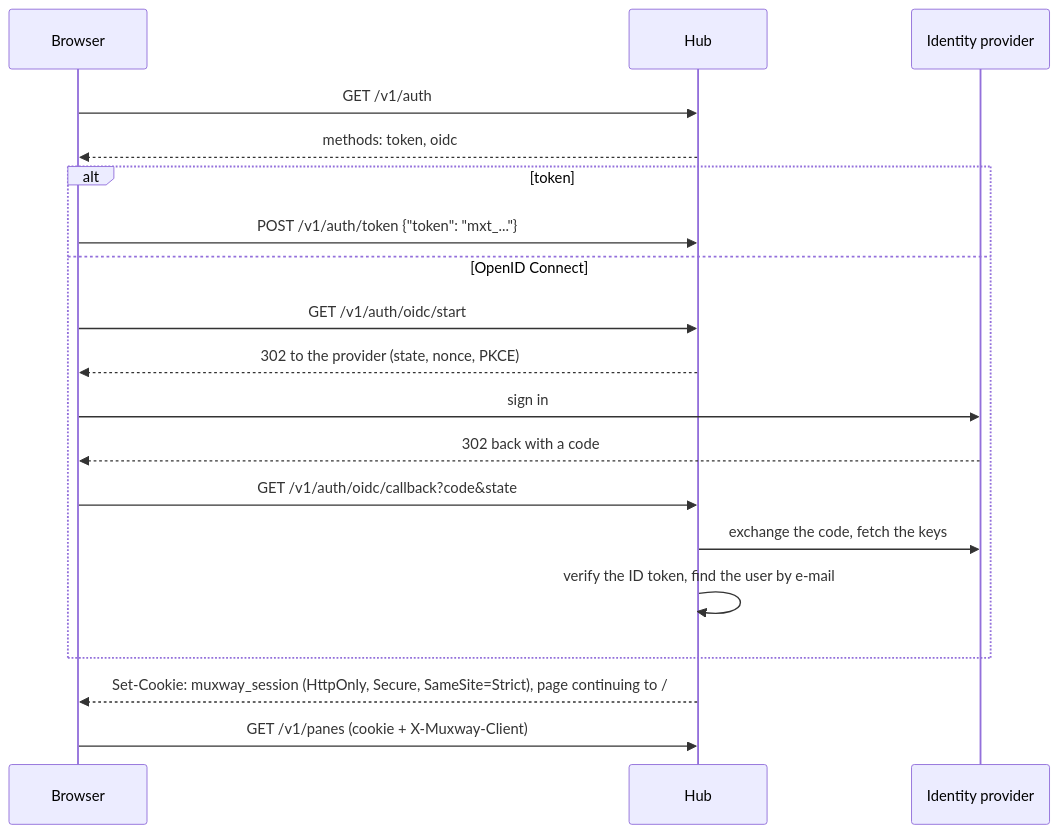
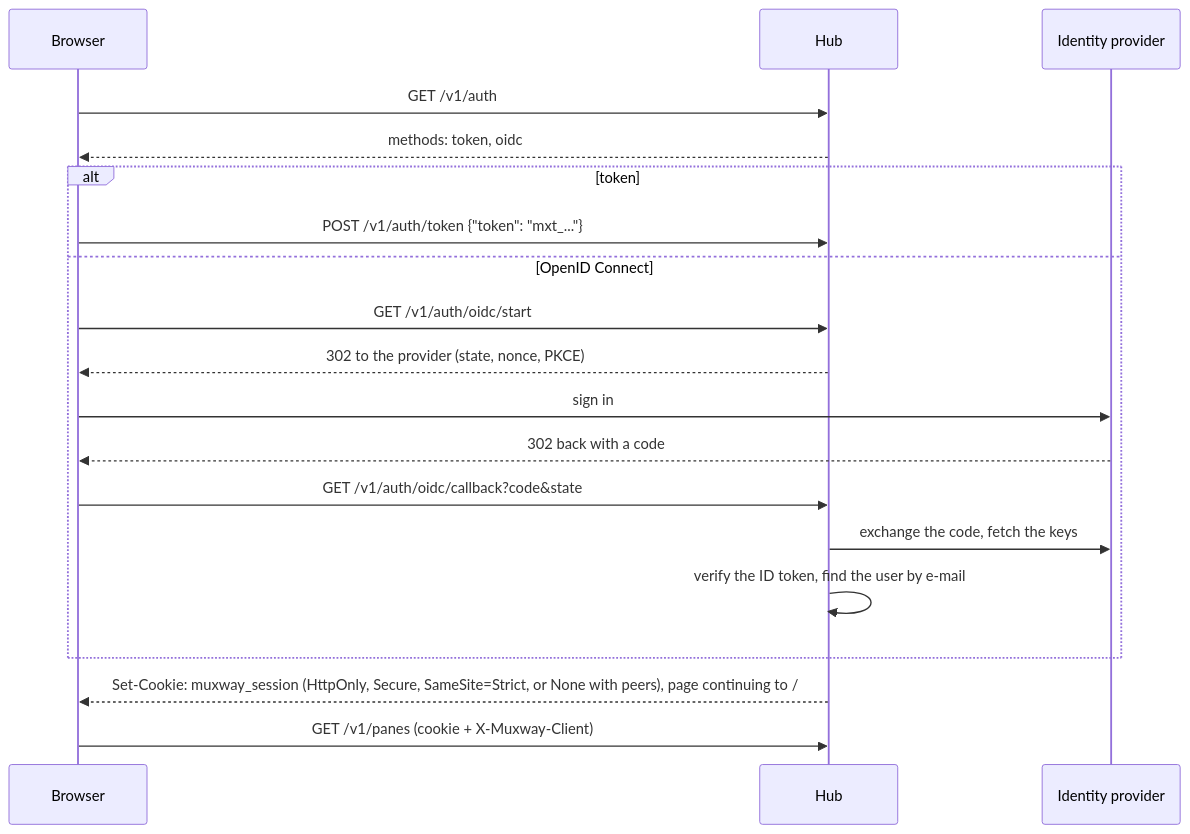
Before and after one commit to notmarkopadjen/muxway: the diagram in docs/features/sign-in.md, drawn with Mermaid. The commit also changed other lines of this file and 47 other files, not shown here.

````diff
--- a/docs/features/sign-in.md
+++ b/docs/features/sign-in.md
@@ -8,21 +8,21 @@
 ```mermaid
 sequenceDiagram
     participant B as Browser
     participant H as Hub
     participant I as Identity provider
     B->>H: GET /v1/auth
     H-->>B: methods: token, oidc
     alt token
         B->>H: POST /v1/auth/token {"token": "mxt_..."}
     else OpenID Connect
         B->>H: GET /v1/auth/oidc/start
         H-->>B: 302 to the provider (state, nonce, PKCE)
         B->>I: sign in
         I-->>B: 302 back with a code
         B->>H: GET /v1/auth/oidc/callback?code&state
         H->>I: exchange the code, fetch the keys
         H->>H: verify the ID token, find the user by e-mail
     end
-    H-->>B: Set-Cookie: muxway_session (HttpOnly, Secure, SameSite=Strict), page continuing to /
+    H-->>B: Set-Cookie: muxway_session (HttpOnly, Secure, SameSite=Strict, or None with peers), page continuing to /
     B->>H: GET /v1/panes  (cookie + X-Muxway-Client)
 ```
````
